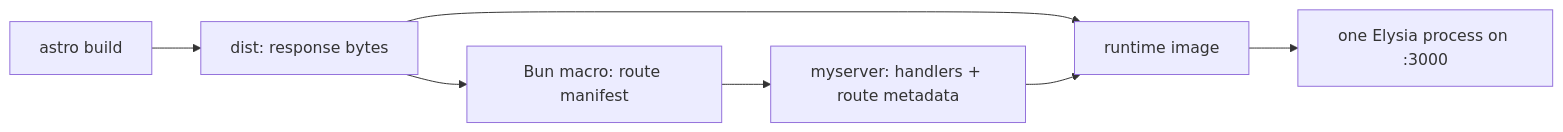
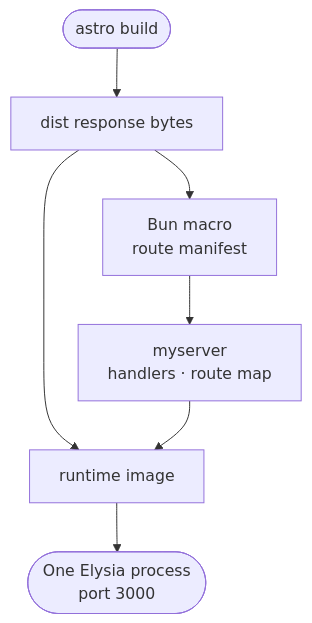
One commit to ErickCReis/ErickCReis changed the first of 2 diagrams in web/content/blog/shipping-astro-from-a-bun-server.mdx. Above: the diagram before and after it, drawn with Mermaid. The commit also changed other lines of this file and 23 other files, not shown here.

Commit message:
Polish Mermaid diagrams across blog posts

````diff
--- a/web/content/blog/shipping-astro-from-a-bun-server.mdx
+++ b/web/content/blog/shipping-astro-from-a-bun-server.mdx
@@ -10,9 +10,9 @@
 ```mermaid center
-flowchart LR
-  Astro["astro build"] --> Dist["dist: response bytes"]
-  Dist --> Macro["Bun macro: route manifest"]
-  Macro --> Binary["myserver: handlers + route metadata"]
+flowchart TB
+  Astro(["astro build"]) --> Dist["dist response bytes"]
+  Dist --> Macro["Bun macro<br/>route manifest"]
+  Macro --> Binary["myserver<br/>handlers · route map"]
   Dist --> Image["runtime image"]
   Binary --> Image
-  Image --> Elysia["one Elysia process on :3000"]
+  Image --> Elysia(["One Elysia process<br/>port 3000"])
 ```
````
